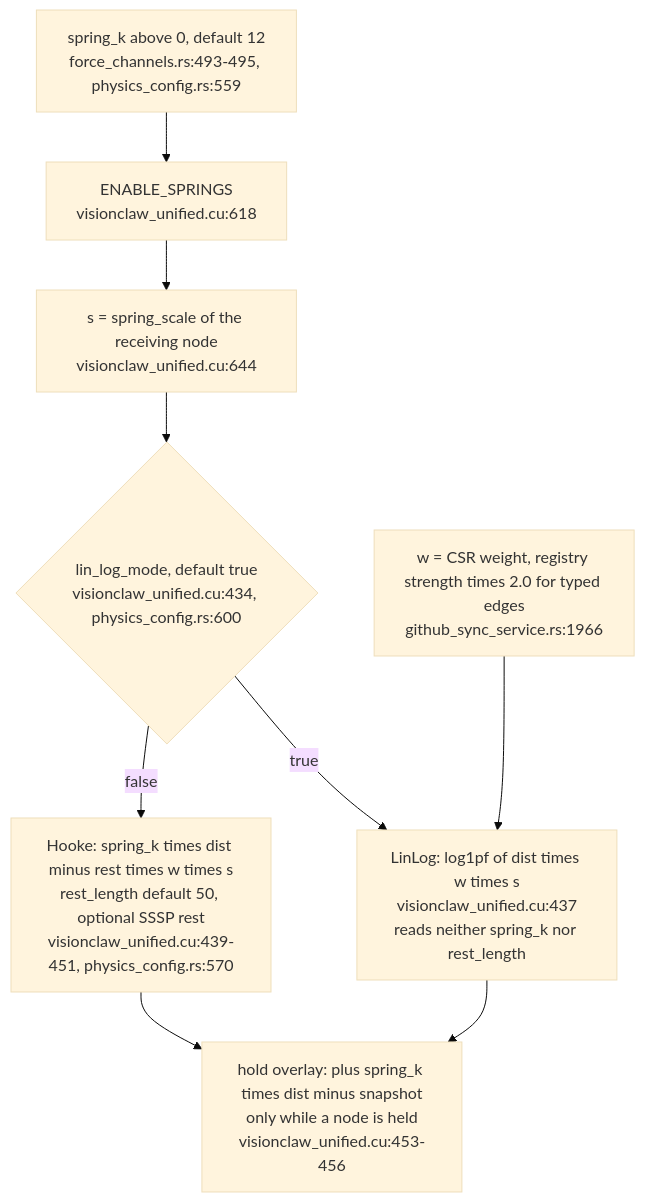
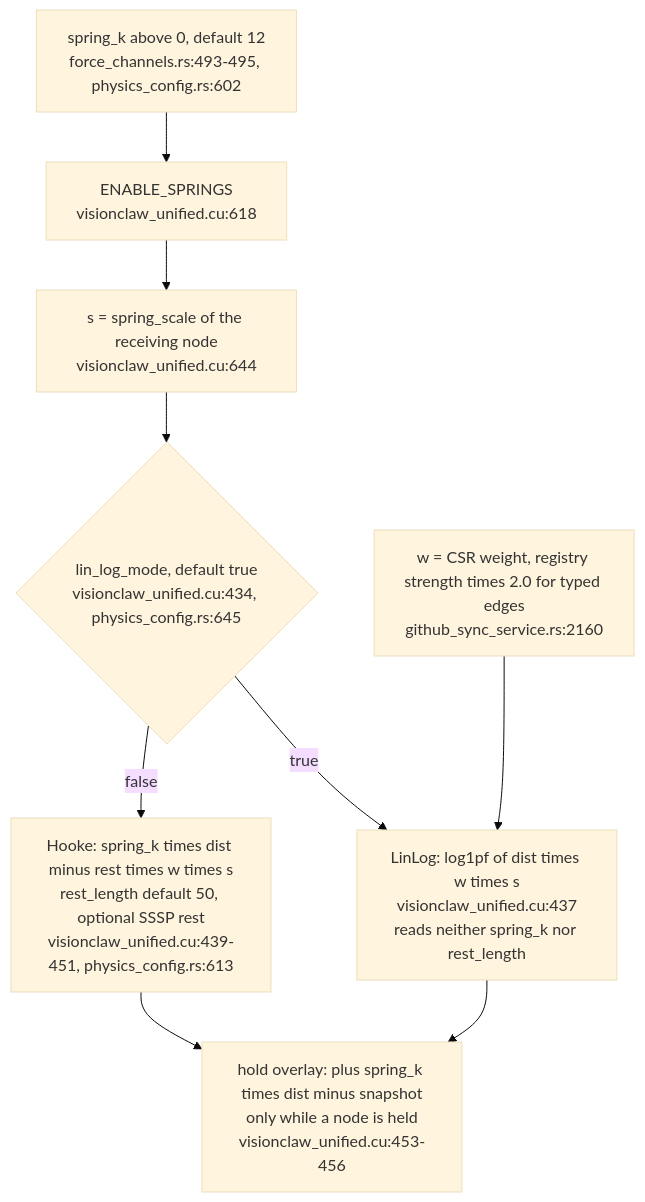
The third of 5 diagrams in docs/diagrams/visionclaw/59-force-terms-and-where-configured.md (DreamLab-AI/VisionFlow), drawn with Mermaid (base theme) before and after one commit. The commit also changed other lines of this file and 3 other files, not shown here.

First line of the commit message:
docs(diagrams): roll VC-58..61 to visionclaw main 010e1109b (PR 37 and 38 merged)

````diff
--- a/docs/diagrams/visionclaw/59-force-terms-and-where-configured.md
+++ b/docs/diagrams/visionclaw/59-force-terms-and-where-configured.md
@@ -77,11 +79,11 @@
 ```mermaid
 flowchart TB
-    SPK["spring_k above 0, default 12<br/>force_channels.rs:493-495, physics_config.rs:559"] --> SFLAG["ENABLE_SPRINGS<br/>visionclaw_unified.cu:618"]
+    SPK["spring_k above 0, default 12<br/>force_channels.rs:493-495, physics_config.rs:602"] --> SFLAG["ENABLE_SPRINGS<br/>visionclaw_unified.cu:618"]
     SFLAG --> SCALE["s = spring_scale of the receiving node<br/>visionclaw_unified.cu:644"]
-    SCALE --> MODE{"lin_log_mode, default true<br/>visionclaw_unified.cu:434, physics_config.rs:600"}
+    SCALE --> MODE{"lin_log_mode, default true<br/>visionclaw_unified.cu:434, physics_config.rs:645"}
     MODE -->|"true"| LL["LinLog: log1pf of dist times w times s<br/>visionclaw_unified.cu:437<br/>reads neither spring_k nor rest_length"]
-    MODE -->|"false"| HK["Hooke: spring_k times dist minus rest times w times s<br/>rest_length default 50, optional SSSP rest<br/>visionclaw_unified.cu:439-451, physics_config.rs:570"]
+    MODE -->|"false"| HK["Hooke: spring_k times dist minus rest times w times s<br/>rest_length default 50, optional SSSP rest<br/>visionclaw_unified.cu:439-451, physics_config.rs:613"]
     LL --> HOLD["hold overlay: plus spring_k times dist minus snapshot<br/>only while a node is held<br/>visionclaw_unified.cu:453-456"]
     HK --> HOLD
-    W["w = CSR weight, registry strength times 2.0 for typed edges<br/>github_sync_service.rs:1966"] --> LL
+    W["w = CSR weight, registry strength times 2.0 for typed edges<br/>github_sync_service.rs:2160"] --> LL
 ```
````
